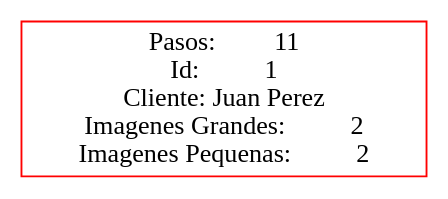
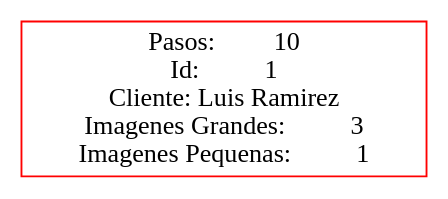
One commit to FranklinONP/EDD_PROYECTO_202200089 changed the diagram in Proyecto1/Proyecto1_202200089/Pruebas/PJ/especifico.dot. Above: the diagram before and after it, drawn with Graphviz. The commit also changed 26 other files, not shown here.

```diff
--- a/Proyecto1/Proyecto1_202200089/Pruebas/PJ/especifico.dot
+++ b/Proyecto1/Proyecto1_202200089/Pruebas/PJ/especifico.dot
@@ -1,4 +1,4 @@
  digraph G {
  rankdir=LR;
- node1 [label="Pasos:         11\nId:          1\nCliente: Juan Perez\nImagenes Grandes:          2\nImagenes Pequenas:          2", color="red", shape="rectangle"];
+ node1 [label="Pasos:         10\nId:          1\nCliente: Luis Ramirez\nImagenes Grandes:          3\nImagenes Pequenas:          1", color="red", shape="rectangle"];
  }
```
